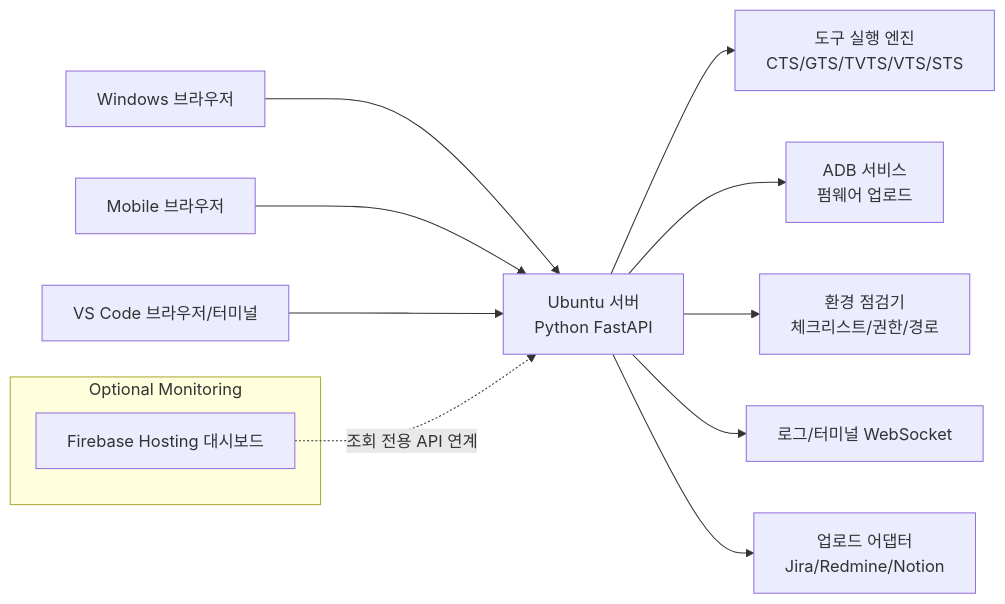
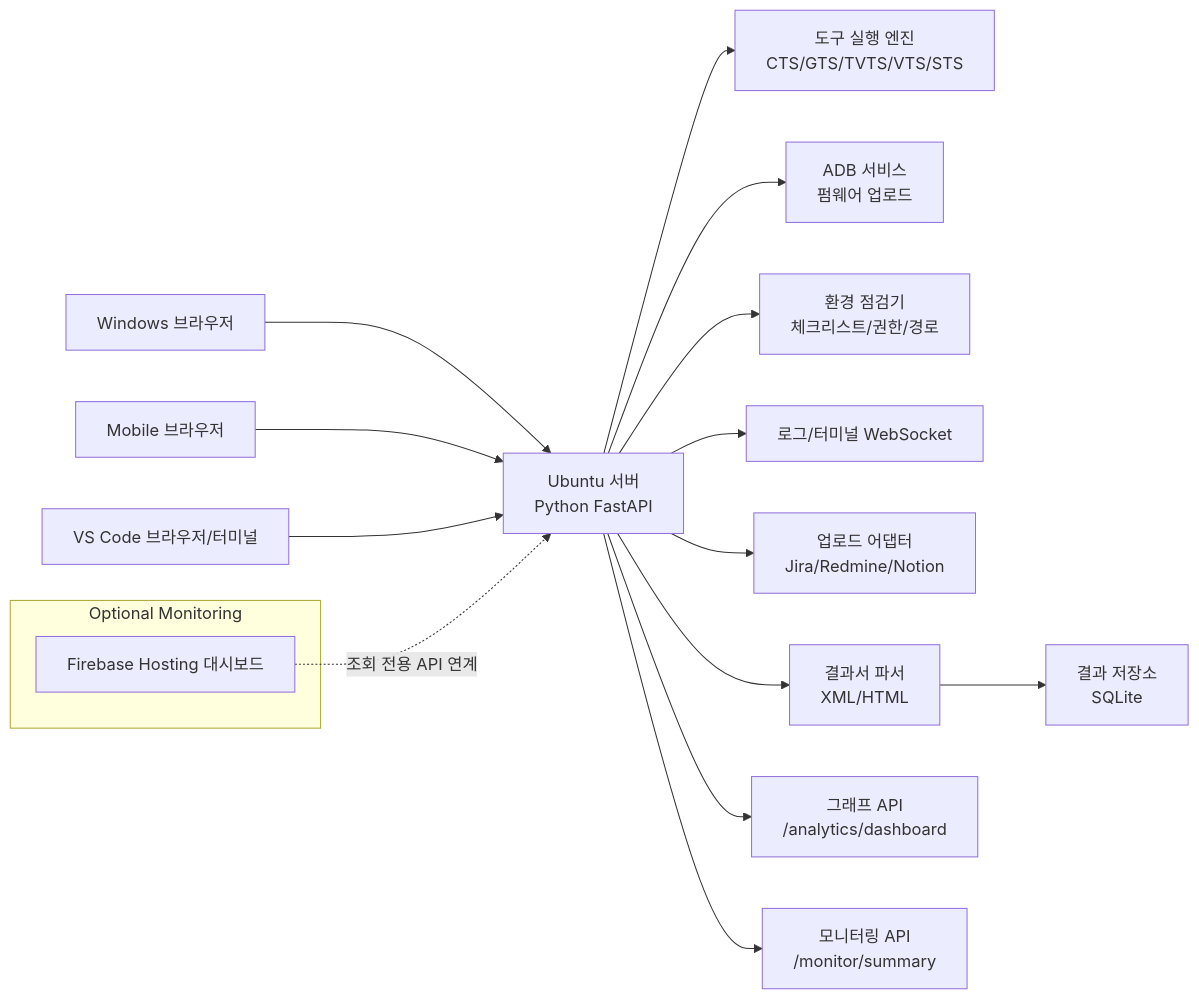
Before and after one commit to greenhelix/dev_logs: the diagram in Flutter/flutter_project/google_auth_helper/README.md, drawn with Mermaid. The commit also changed other lines of this file and 4 other files, not shown here.

First line of the commit message:
How to Tool Path Setting , DIagram Update

````diff
--- a/Flutter/flutter_project/google_auth_helper/README.md
+++ b/Flutter/flutter_project/google_auth_helper/README.md
@@ -11,17 +11,21 @@
 ```mermaid
 flowchart LR
     A[Ubuntu 서버\nPython FastAPI] --> B[도구 실행 엔진\nCTS/GTS/TVTS/VTS/STS]
     A --> C[ADB 서비스\n펌웨어 업로드]
     A --> D[환경 점검기\n체크리스트/권한/경로]
     A --> E[로그/터미널 WebSocket]
     A --> F[업로드 어댑터\nJira/Redmine/Notion]
+    A --> H[결과서 파서\nXML/HTML]
+    H --> I[결과 저장소\nSQLite]
+    A --> J[그래프 API\n/analytics/dashboard]
+    A --> K[모니터링 API\n/monitor/summary]
 
     W[Windows 브라우저] --> A
     M[Mobile 브라우저] --> A
     V[VS Code 브라우저/터미널] --> A
 
     subgraph Optional Monitoring
       G[Firebase Hosting 대시보드]
     end
     G -. 조회 전용 API 연계 .-> A
 ```
````
